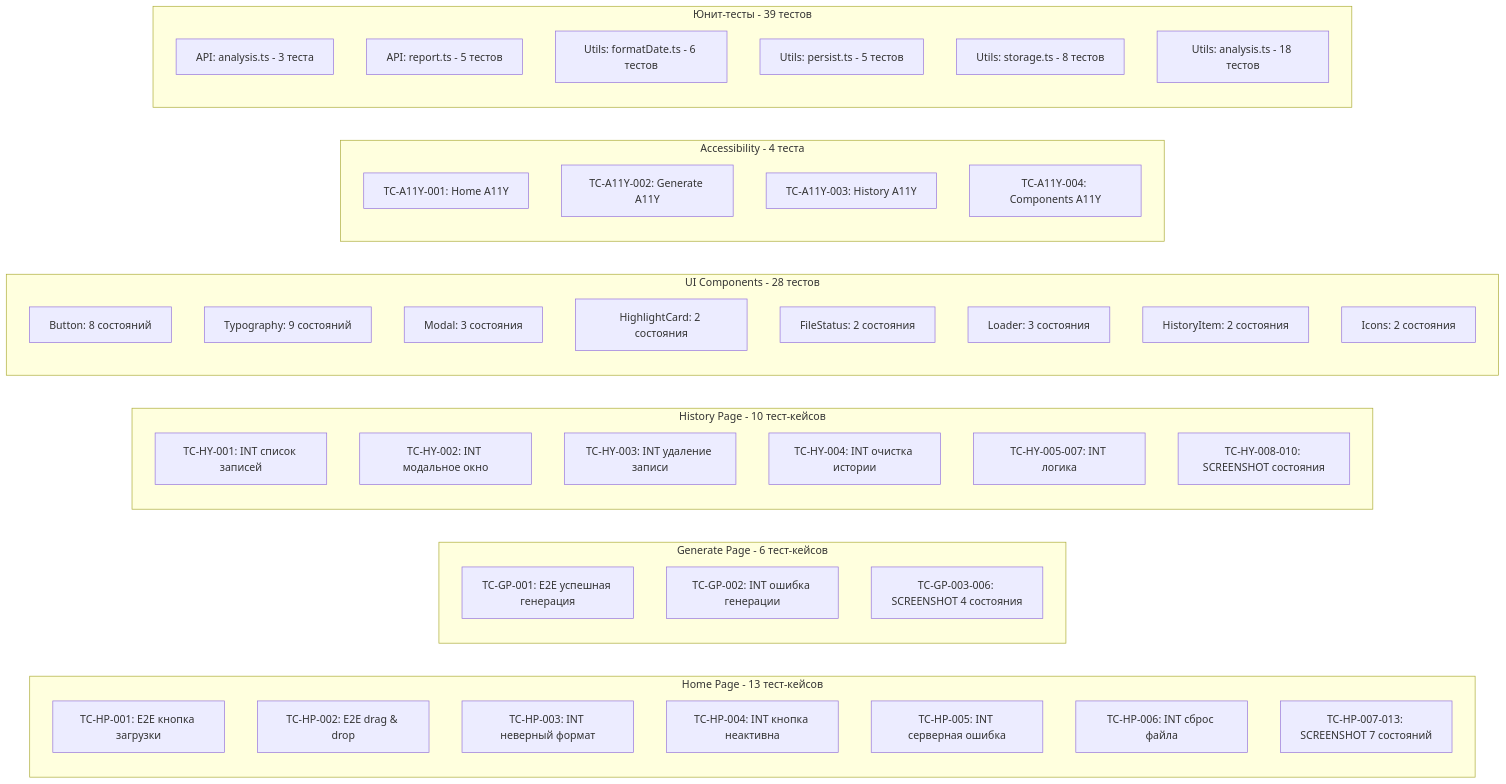
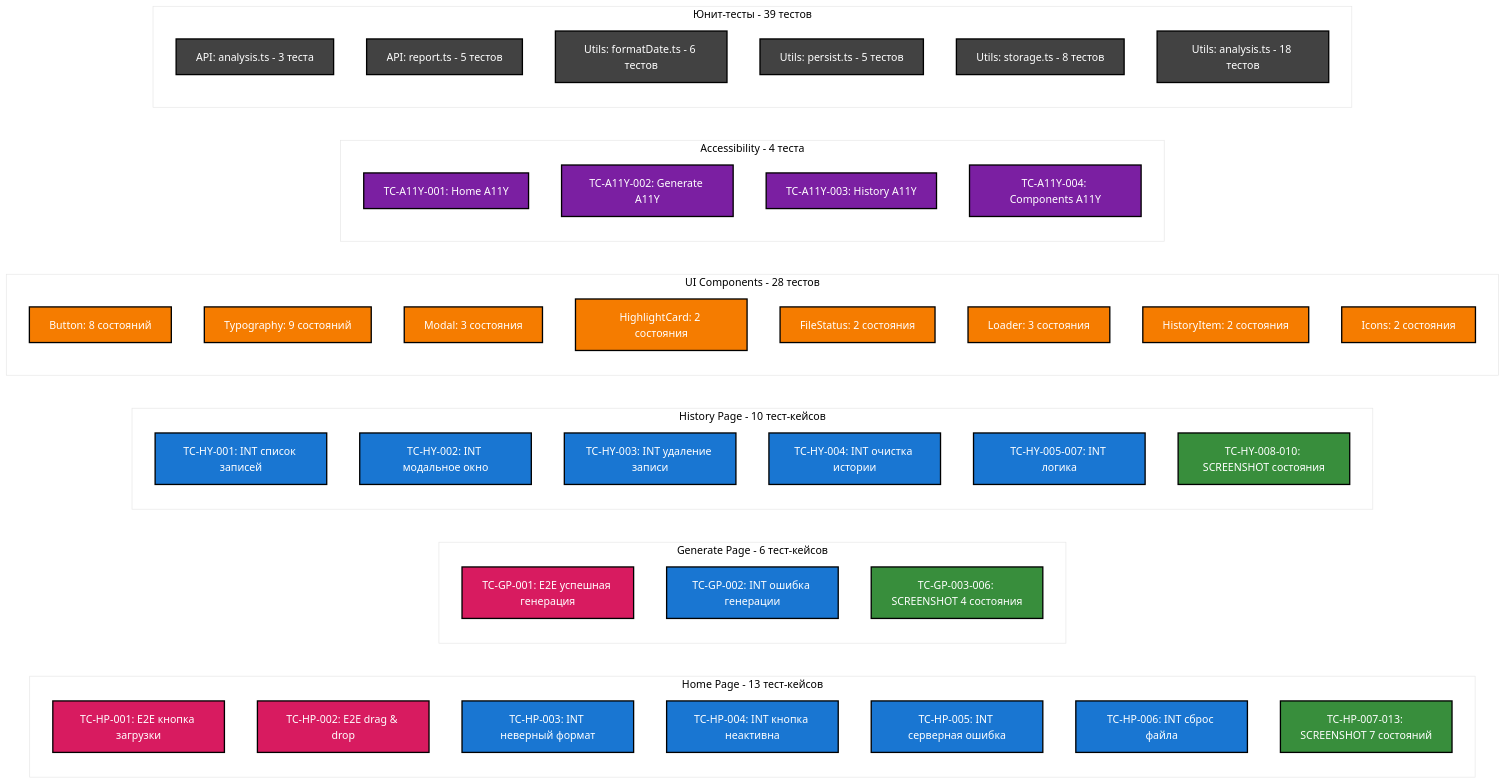
The third of 5 diagrams in docs/presentation.md (etozhenerk/shri-2025), drawn with Mermaid before and after one commit. The commit also changed other lines of this file and 1 other file, not shown here.

````diff
--- a/docs/presentation.md
+++ b/docs/presentation.md
@@ -190,54 +190,91 @@
 ```mermaid
+%%{init: {'theme':'base', 'themeVariables': { 'fontSize': '16px', 'fontFamily': 'Arial', 'primaryColor': '#ffffff', 'primaryTextColor': '#000000'}}}%%
 graph LR
     subgraph "Home Page - 13 тест-кейсов"
-        HP1[TC-HP-001: E2E кнопка загрузки]
-        HP2[TC-HP-002: E2E drag & drop]
-        HP3[TC-HP-003: INT неверный формат]
-        HP4[TC-HP-004: INT кнопка неактивна]
-        HP5[TC-HP-005: INT серверная ошибка]
-        HP6[TC-HP-006: INT сброс файла]
-        HP7[TC-HP-007-013: SCREENSHOT 7 состояний]
+        HP1["TC-HP-001: E2E кнопка загрузки"]
+        HP2["TC-HP-002: E2E drag & drop"]
+        HP3["TC-HP-003: INT неверный формат"]
+        HP4["TC-HP-004: INT кнопка неактивна"]
+        HP5["TC-HP-005: INT серверная ошибка"]
+        HP6["TC-HP-006: INT сброс файла"]
+        HP7["TC-HP-007-013: SCREENSHOT 7 состояний"]
     end
     
     subgraph "Generate Page - 6 тест-кейсов"
-        GP1[TC-GP-001: E2E успешная генерация]
-        GP2[TC-GP-002: INT ошибка генерации]
-        GP3[TC-GP-003-006: SCREENSHOT 4 состояния]
+        GP1["TC-GP-001: E2E успешная генерация"]
+        GP2["TC-GP-002: INT ошибка генерации"]
+        GP3["TC-GP-003-006: SCREENSHOT 4 состояния"]
     end
     
     subgraph "History Page - 10 тест-кейсов"
-        HY1[TC-HY-001: INT список записей]
-        HY2[TC-HY-002: INT модальное окно]
-        HY3[TC-HY-003: INT удаление записи]
-        HY4[TC-HY-004: INT очистка истории]
-        HY5[TC-HY-005-007: INT логика]
-        HY6[TC-HY-008-010: SCREENSHOT состояния]
+        HY1["TC-HY-001: INT список записей"]
+        HY2["TC-HY-002: INT модальное окно"]
+        HY3["TC-HY-003: INT удаление записи"]
+        HY4["TC-HY-004: INT очистка истории"]
+        HY5["TC-HY-005-007: INT логика"]
+        HY6["TC-HY-008-010: SCREENSHOT состояния"]
     end
     
     subgraph "UI Components - 28 тестов"
-        UI1[Button: 8 состояний]
-        UI2[Typography: 9 состояний]
-        UI3[Modal: 3 состояния]
-        UI4[HighlightCard: 2 состояния]
-        UI5[FileStatus: 2 состояния]
-        UI6[Loader: 3 состояния]
-        UI7[HistoryItem: 2 состояния]
-        UI8[Icons: 2 состояния]
+        UI1["Button: 8 состояний"]
+        UI2["Typography: 9 состояний"]
+        UI3["Modal: 3 состояния"]
+        UI4["HighlightCard: 2 состояния"]
+        UI5["FileStatus: 2 состояния"]
+        UI6["Loader: 3 состояния"]
+        UI7["HistoryItem: 2 состояния"]
+        UI8["Icons: 2 состояния"]
     end
     
     subgraph "Accessibility - 4 теста"
-        A1[TC-A11Y-001: Home A11Y]
-        A2[TC-A11Y-002: Generate A11Y]
-        A3[TC-A11Y-003: History A11Y]
-        A4[TC-A11Y-004: Components A11Y]
+        A1["TC-A11Y-001: Home A11Y"]
+        A2["TC-A11Y-002: Generate A11Y"]
+        A3["TC-A11Y-003: History A11Y"]
+        A4["TC-A11Y-004: Components A11Y"]
     end
     
     subgraph "Юнит-тесты - 39 тестов"
-        UT1[API: analysis.ts - 3 теста]
-        UT2[API: report.ts - 5 тестов]
-        UT3[Utils: formatDate.ts - 6 тестов]
-        UT4[Utils: persist.ts - 5 тестов]
-        UT5[Utils: storage.ts - 8 тестов]
-        UT6[Utils: analysis.ts - 18 тестов]
+        UT1["API: analysis.ts - 3 теста"]
+        UT2["API: report.ts - 5 тестов"]
+        UT3["Utils: formatDate.ts - 6 тестов"]
+        UT4["Utils: persist.ts - 5 тестов"]
+        UT5["Utils: storage.ts - 8 тестов"]
+        UT6["Utils: analysis.ts - 18 тестов"]
     end
+
+    %% Стили с контрастными цветами
+    style HP1 fill:#d81b60,stroke:#000,stroke-width:2px,color:#fff
+    style HP2 fill:#d81b60,stroke:#000,stroke-width:2px,color:#fff
+    style GP1 fill:#d81b60,stroke:#000,stroke-width:2px,color:#fff
+    style HP3 fill:#1976d2,stroke:#000,stroke-width:2px,color:#fff
+    style HP4 fill:#1976d2,stroke:#000,stroke-width:2px,color:#fff
+    style HP5 fill:#1976d2,stroke:#000,stroke-width:2px,color:#fff
+    style HP6 fill:#1976d2,stroke:#000,stroke-width:2px,color:#fff
+    style GP2 fill:#1976d2,stroke:#000,stroke-width:2px,color:#fff
+    style HY1 fill:#1976d2,stroke:#000,stroke-width:2px,color:#fff
+    style HY2 fill:#1976d2,stroke:#000,stroke-width:2px,color:#fff
+    style HY3 fill:#1976d2,stroke:#000,stroke-width:2px,color:#fff
+    style HY4 fill:#1976d2,stroke:#000,stroke-width:2px,color:#fff
+    style HY5 fill:#1976d2,stroke:#000,stroke-width:2px,color:#fff
+    style HP7 fill:#388e3c,stroke:#000,stroke-width:2px,color:#fff
+    style GP3 fill:#388e3c,stroke:#000,stroke-width:2px,color:#fff
+    style HY6 fill:#388e3c,stroke:#000,stroke-width:2px,color:#fff
+    style UI1 fill:#f57c00,stroke:#000,stroke-width:2px,color:#fff
+    style UI2 fill:#f57c00,stroke:#000,stroke-width:2px,color:#fff
+    style UI3 fill:#f57c00,stroke:#000,stroke-width:2px,color:#fff
+    style UI4 fill:#f57c00,stroke:#000,stroke-width:2px,color:#fff
+    style UI5 fill:#f57c00,stroke:#000,stroke-width:2px,color:#fff
+    style UI6 fill:#f57c00,stroke:#000,stroke-width:2px,color:#fff
+    style UI7 fill:#f57c00,stroke:#000,stroke-width:2px,color:#fff
+    style UI8 fill:#f57c00,stroke:#000,stroke-width:2px,color:#fff
+    style A1 fill:#7b1fa2,stroke:#000,stroke-width:2px,color:#fff
+    style A2 fill:#7b1fa2,stroke:#000,stroke-width:2px,color:#fff
+    style A3 fill:#7b1fa2,stroke:#000,stroke-width:2px,color:#fff
+    style A4 fill:#7b1fa2,stroke:#000,stroke-width:2px,color:#fff
+    style UT1 fill:#424242,stroke:#000,stroke-width:2px,color:#fff
+    style UT2 fill:#424242,stroke:#000,stroke-width:2px,color:#fff
+    style UT3 fill:#424242,stroke:#000,stroke-width:2px,color:#fff
+    style UT4 fill:#424242,stroke:#000,stroke-width:2px,color:#fff
+    style UT5 fill:#424242,stroke:#000,stroke-width:2px,color:#fff
+    style UT6 fill:#424242,stroke:#000,stroke-width:2px,color:#fff
 ```
````
